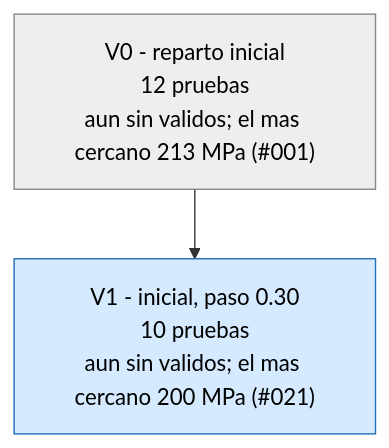
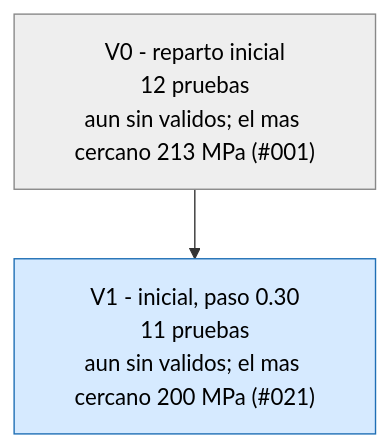
The first of 3 diagrams in runs/opt_37800N/ARBOL.md (Hugiko/msd-soporte-optimizacion), drawn with Mermaid before and after one commit. The commit also changed 19 other files, not shown here.

````diff
--- a/runs/opt_37800N/ARBOL.md
+++ b/runs/opt_37800N/ARBOL.md
@@ -9,9 +9,9 @@
 ```mermaid
 graph TD
 classDef activa fill:#d6eaff,stroke:#1f6fb5,color:#000
 classDef fin fill:#eeeeee,stroke:#888,color:#000
 classDef mejor fill:#c8f0c0,stroke:#1a9850,stroke-width:4px,color:#000
 V0["V0 - reparto inicial<br/>12 pruebas<br/>aun sin validos; el mas cercano 213 MPa (#001)"]:::fin
-V1["V1 - inicial, paso 0.30<br/>10 pruebas<br/>aun sin validos; el mas cercano 200 MPa (#021)"]:::activa
+V1["V1 - inicial, paso 0.30<br/>11 pruebas<br/>aun sin validos; el mas cercano 200 MPa (#021)"]:::activa
 V0 --> V1
 ```
````
